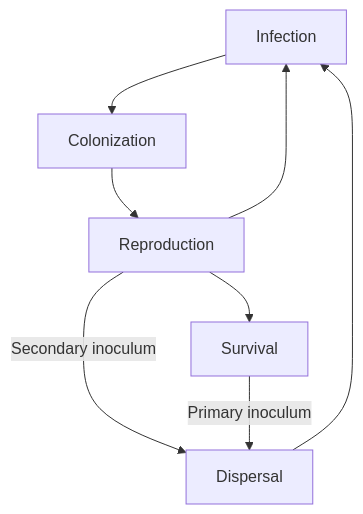
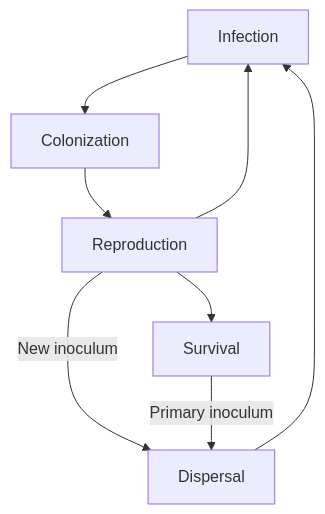
The diagram in intro.qmd (emdelponte/epidemiology-R), drawn with Mermaid before and after one commit. The commit also changed 2 other files, not shown here.

Commit message:
change name

````diff
--- a/intro.qmd
+++ b/intro.qmd
@@ -25,16 +25,16 @@
 ```{mermaid}
 %%| label: fig-diagram
 %%| fig-cap: "Five main processes of the disease cycle"
 %%| fig-width: 6
 
 flowchart 
   A[Infection] --> B[Colonization]
   B --> C[Reproduction]
-  C -- Secondary inoculum --> D[Dispersal]
+  C -- New inoculum --> D[Dispersal]
   E[Survival] -- Primary inoculum --> D
   D  --> A
   C --> E
   C --> A
   
   
 ```
````
